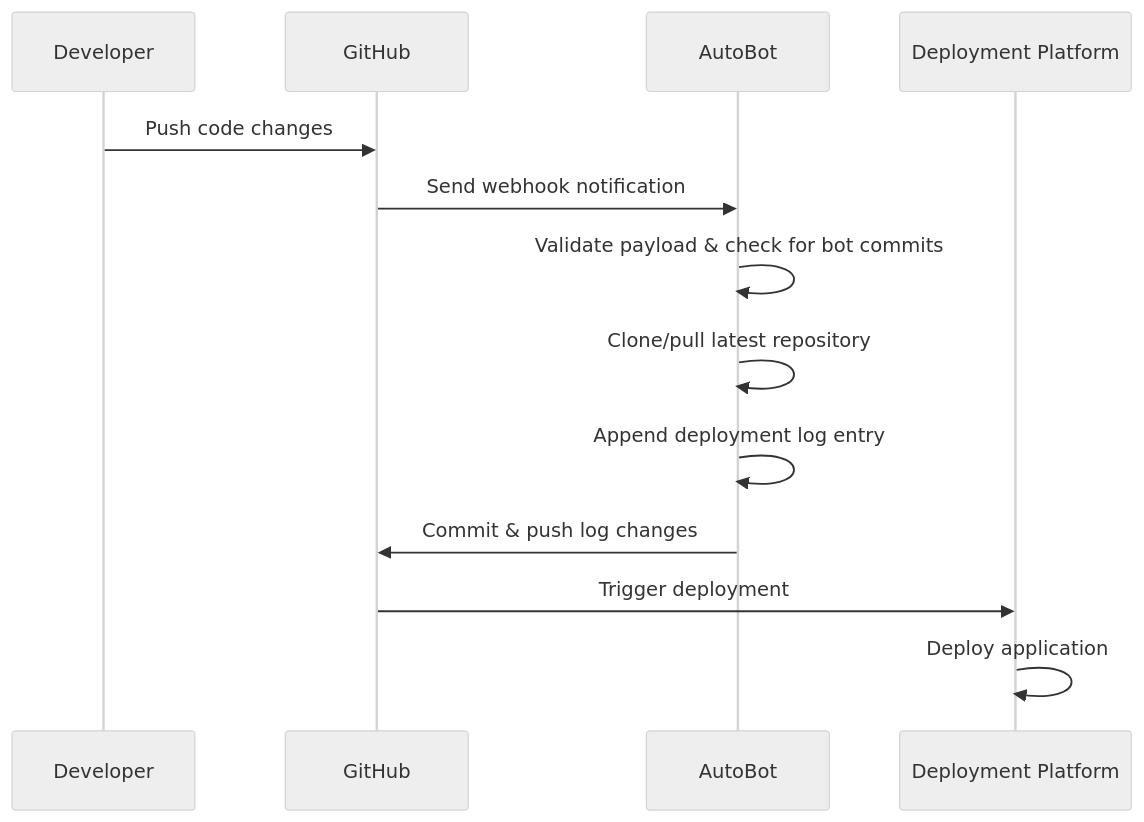
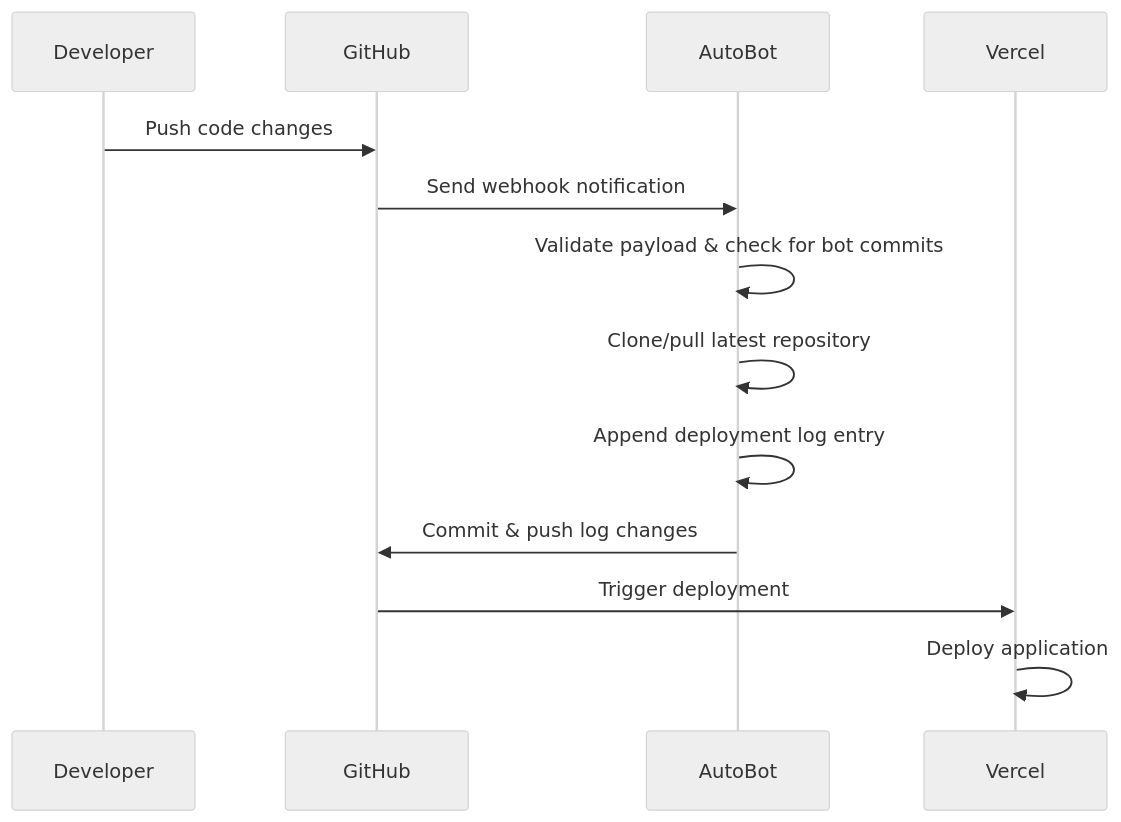
One commit to satvikprsd/AutoBot changed the diagram in README.md. Above: the diagram before and after it, drawn with Mermaid (neutral theme). The commit also changed other lines of this file, not shown here.

````diff
--- a/README.md
+++ b/README.md
@@ -118,16 +118,16 @@
 ```mermaid
 sequenceDiagram
     participant Dev as Developer
     participant GH as GitHub
     participant AB as AutoBot
-    participant Vercel as Deployment Platform
+    participant Vercel as Vercel
     
     Dev->>GH: Push code changes
     GH->>AB: Send webhook notification
     AB->>AB: Validate payload & check for bot commits
     AB->>AB: Clone/pull latest repository
     AB->>AB: Append deployment log entry
     AB->>GH: Commit & push log changes
     GH->>Vercel: Trigger deployment
     Vercel->>Vercel: Deploy application
 ```
````
